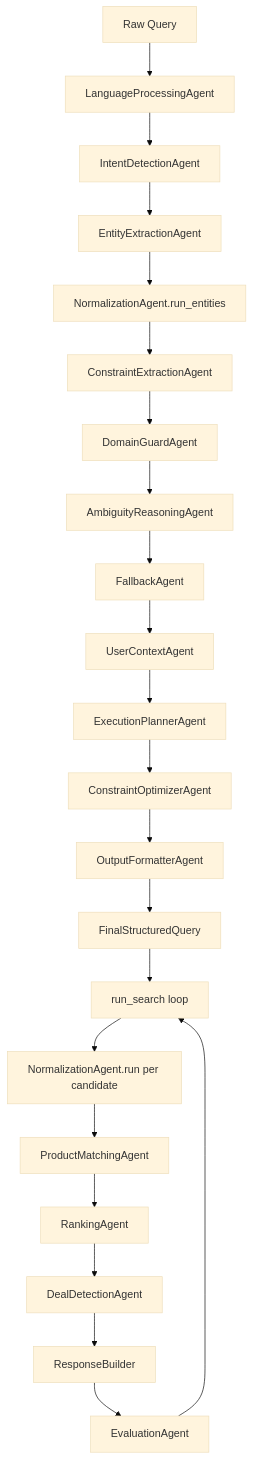
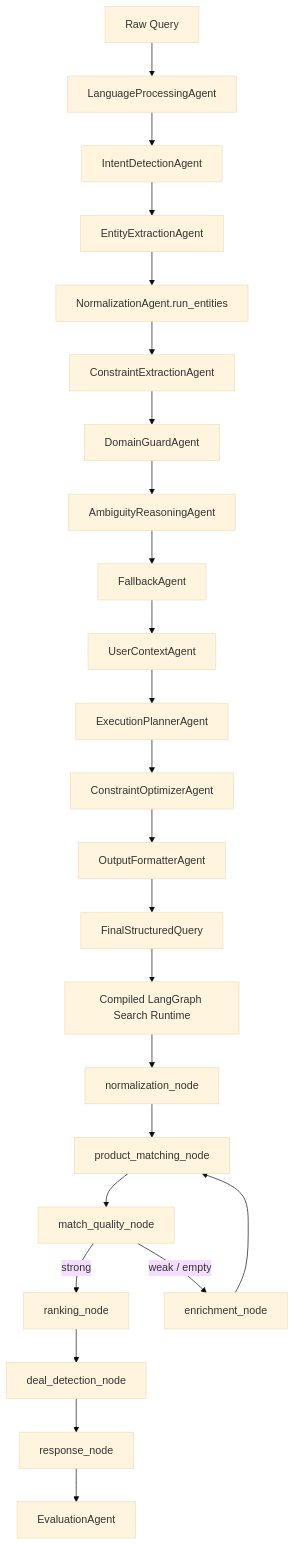
One commit to chandankumar123456/smartcart-ai-backend changed the diagram in app/agents/README.md. Above: the diagram before and after it, drawn with Mermaid (base theme). The commit also changed other lines of this file and 9 other files, not shown here.

First line of the commit message:
Implement LangGraph search runtime

````diff
--- a/app/agents/README.md
+++ b/app/agents/README.md
@@ -15,25 +15,27 @@
 ```mermaid
 flowchart TD
     Q[Raw Query] --> LP[LanguageProcessingAgent]
     LP --> ID[IntentDetectionAgent]
     ID --> EE[EntityExtractionAgent]
     EE --> NM[NormalizationAgent.run_entities]
     NM --> CE[ConstraintExtractionAgent]
     CE --> DG[DomainGuardAgent]
     DG --> AR[AmbiguityReasoningAgent]
     AR --> FB[FallbackAgent]
     FB --> UC[UserContextAgent]
     UC --> EP[ExecutionPlannerAgent]
     EP --> CO[ConstraintOptimizerAgent]
     CO --> OF[OutputFormatterAgent]
     OF --> FSQ[FinalStructuredQuery]
 
-    FSQ --> EX[run_search loop]
-    EX --> NM1[NormalizationAgent.run per candidate]
-    NM1 --> PM[ProductMatchingAgent]
-    PM --> RK[RankingAgent]
-    RK --> DD[DealDetectionAgent]
-    DD --> RB[ResponseBuilder]
+    FSQ --> SG[Compiled LangGraph Search Runtime]
+    SG --> NM1[normalization_node]
+    NM1 --> PM[product_matching_node]
+    PM --> MQ[match_quality_node]
+    MQ -->|strong| RK[ranking_node]
+    MQ -->|weak / empty| EN[enrichment_node]
+    EN --> PM
+    RK --> DD[deal_detection_node]
+    DD --> RB[response_node]
     RB --> EV[EvaluationAgent]
-    EV --> EX
 ```
````
